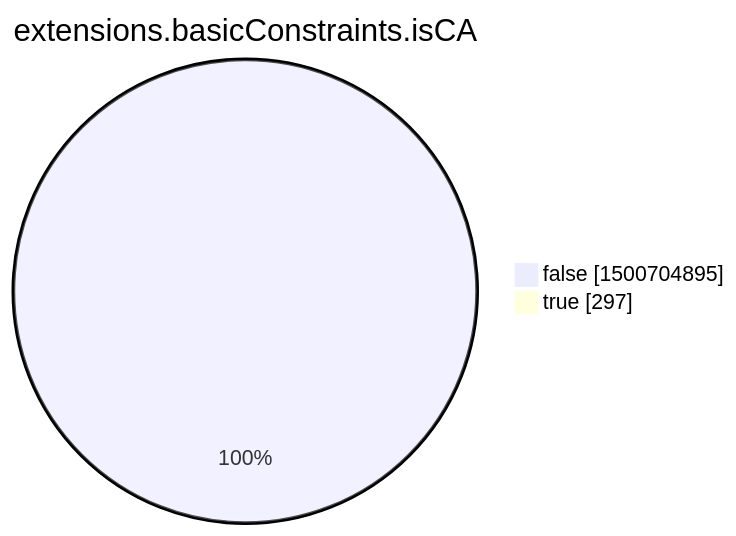
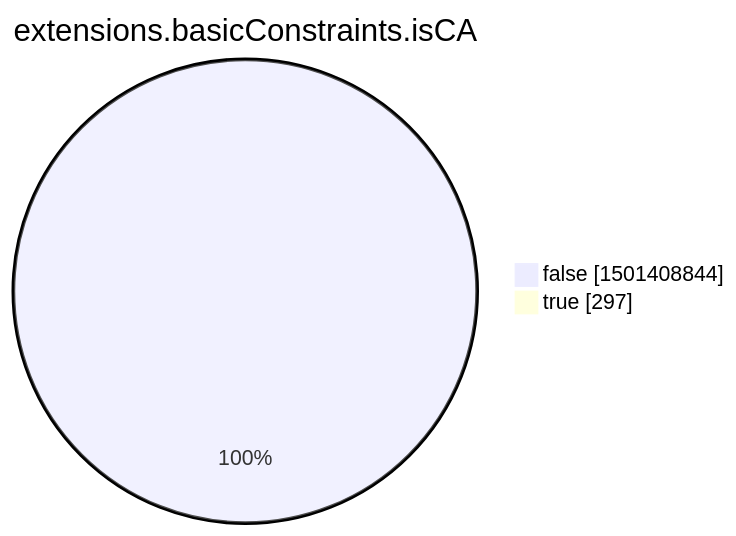
One commit to christiankrug/ctmonitor_visualization changed the eighth of 15 diagrams in argon2022/README.md. Above: the diagram before and after it, drawn with Mermaid. The commit also changed other lines of this file, not shown here.

````diff
--- a/argon2022/README.md
+++ b/argon2022/README.md
@@ -2760,6 +2760,6 @@
 ```mermaid
 pie showData
 title extensions.basicConstraints.isCA
-"false" :1500704895
+"false" :1501408844
 "true" :297
 ```
````
